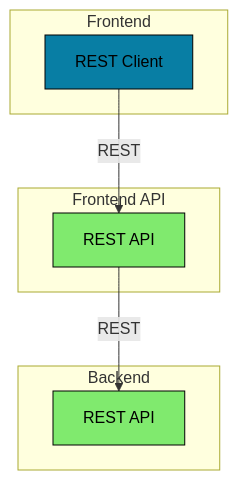
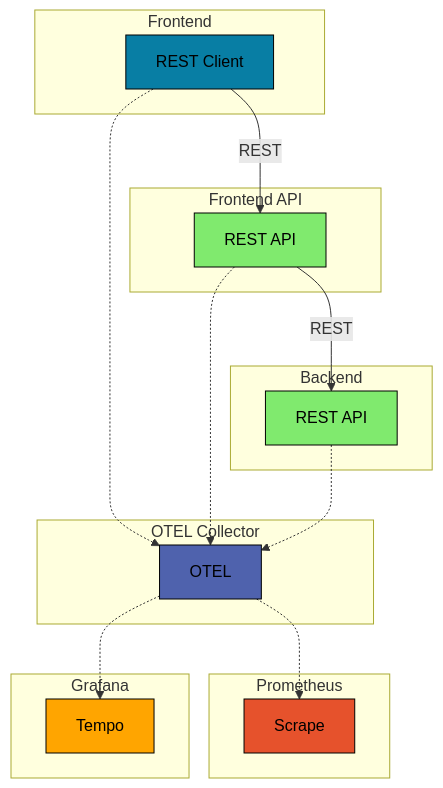
One commit to onlyteo/spring-boot-sandbox changed the diagram in spring-boot-otel-observability/README.md. Above: the diagram before and after it, drawn with Mermaid. The commit also changed 5 other files, not shown here.

````diff
--- a/spring-boot-otel-observability/README.md
+++ b/spring-boot-otel-observability/README.md
@@ -33,18 +33,35 @@
 ```mermaid
 graph TD
     subgraph Frontend
         A[REST Client]:::react
     end
     subgraph Frontend API
         B[REST API]:::spring
     end
     subgraph Backend
         C[REST API]:::spring
     end
+    subgraph OTEL Collector
+        D[OTEL]:::otel
+    end
+    subgraph Prometheus
+        E[Scrape]:::prometheus
+    end
+    subgraph Grafana
+        F[Tempo]:::grafana
+    end
 
     A -- REST --> B
-    B-- REST --> C
+    B -- REST --> C
+    A -.-> D
+    B -.-> D
+    C -.-> D
+    D -.-> E
+    D -.-> F
 
     classDef react fill: #087ea4, stroke: #000000, color: #000000
     classDef spring fill: #80ea6e, stroke: #000000, color: #000000
+    classDef otel fill: #4f62ad, stroke: #000000, color: #000000
+    classDef prometheus fill: #e6522c, stroke: #000000, color: #000000
+    classDef grafana fill: #ffa500, stroke: #000000, color: #000000
 ```
````
